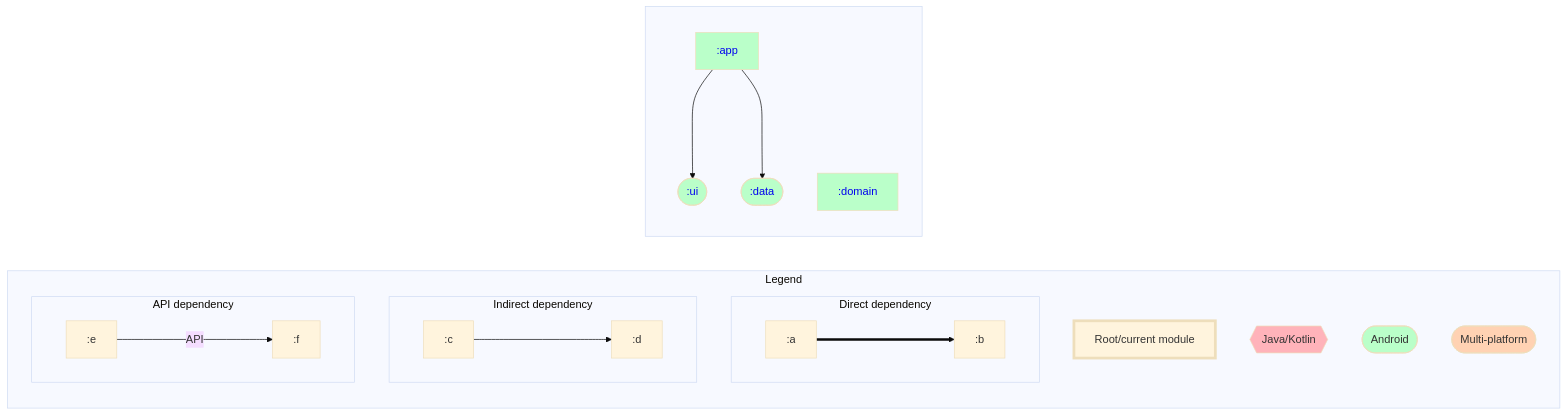
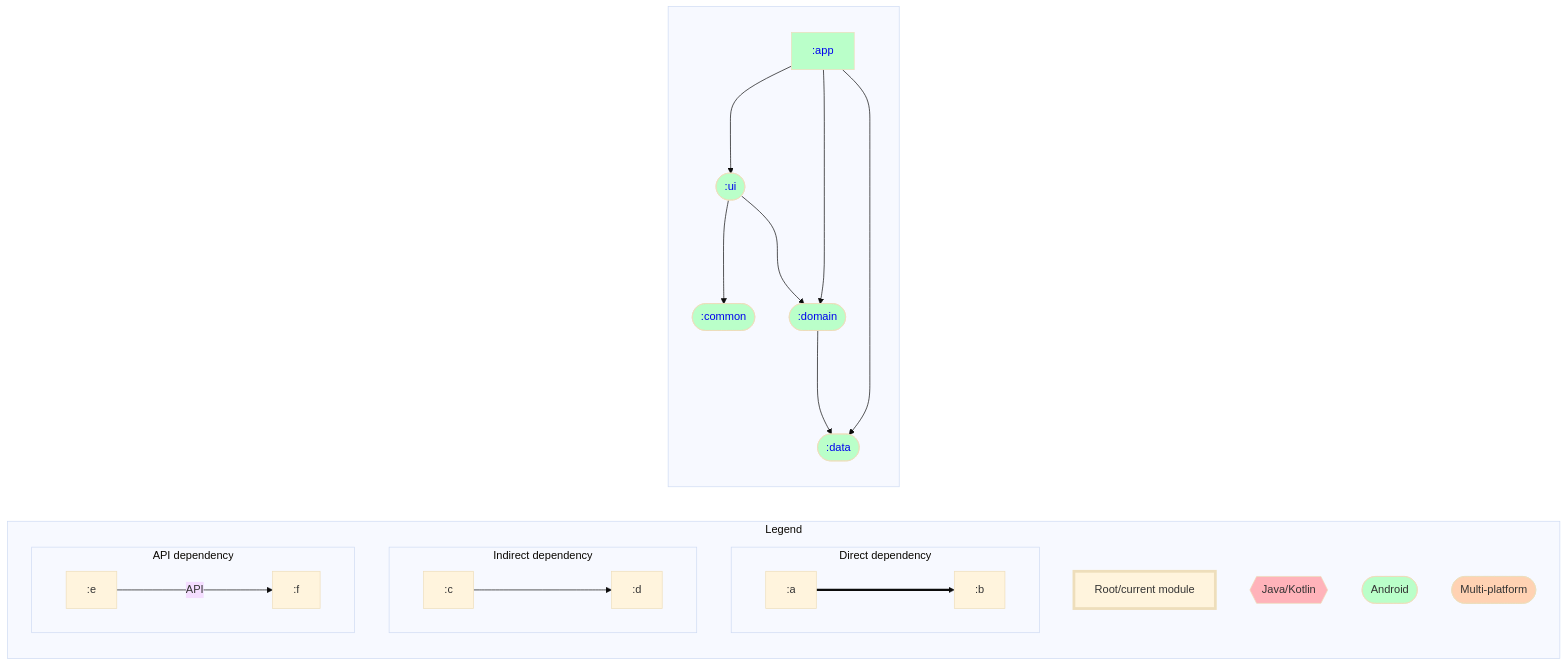
Before and after one commit to ARES-ID/Daedalus: the diagram in dependencyGraph.md, drawn with Mermaid. The commit also changed 4 other files, not shown here.

Commit message:
Generate dependency graphs

````diff
--- a/dependencyGraph.md
+++ b/dependencyGraph.md
@@ -1,46 +1,51 @@
 ```mermaid
 %%{ init: { 'theme': 'base' } }%%
 graph LR;
 
 %% Styling for module nodes by type
 classDef rootNode stroke-width:4px;
 classDef mppNode fill:#ffd2b3,color:#333333;
 classDef andNode fill:#baffc9,color:#333333;
 classDef javaNode fill:#ffb3ba,color:#333333;
 
 %% Graph types
 subgraph Legend
   direction TB;
   rootNode[Root/current module]:::rootNode;
   javaNode{{Java/Kotlin}}:::javaNode;
   andNode([Android]):::andNode;
   mppNode([Multi-platform]):::mppNode;
   subgraph Direct dependency
     direction LR;
     :a===>:b
   end
   subgraph Indirect dependency
     direction LR;
     :c--->:d
   end
   subgraph API dependency
     direction LR;
     :e--API--->:f
   end
 end
 
 %% Modules
 subgraph  
   direction TB;
   :app[<a href='https://github.com/rjspies/Daedalus/blob/main/app/dependencyGraph.md' style='text-decoration:auto'>:app</a>]:::andNode;
+  :common([<a href='https://github.com/rjspies/Daedalus/blob/main/common/dependencyGraph.md' style='text-decoration:auto'>:common</a>]):::andNode;
   :data([<a href='https://github.com/rjspies/Daedalus/blob/main/data/dependencyGraph.md' style='text-decoration:auto'>:data</a>]):::andNode;
-  :domain[<a href='https://github.com/rjspies/Daedalus/blob/main/domain/dependencyGraph.md' style='text-decoration:auto'>:domain</a>]:::andNode;
+  :domain([<a href='https://github.com/rjspies/Daedalus/blob/main/domain/dependencyGraph.md' style='text-decoration:auto'>:domain</a>]):::andNode;
   :ui([<a href='https://github.com/rjspies/Daedalus/blob/main/ui/dependencyGraph.md' style='text-decoration:auto'>:ui</a>]):::andNode;
 end
 
 %% Dependencies
 :app--->:ui
+:app--->:domain
 :app--->:data
+:ui--->:common
+:ui--->:domain
+:domain--->:data
 
 %% Dependents
 ```
````
